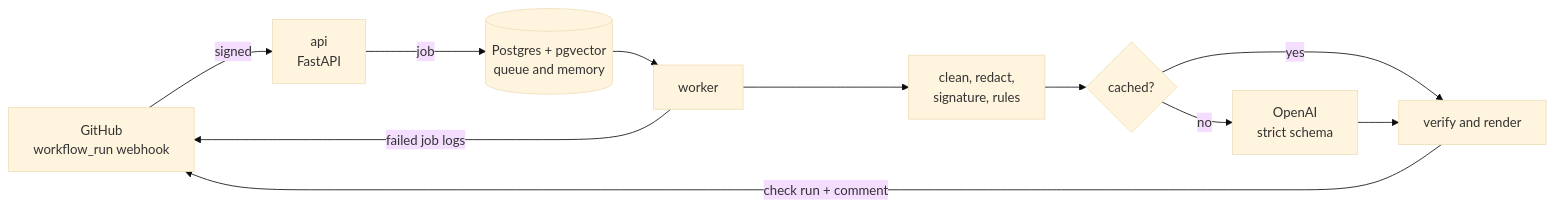
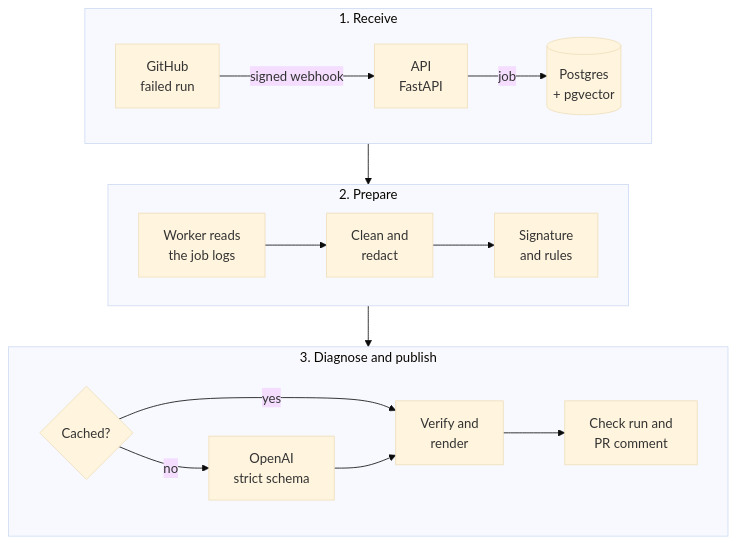
Before and after one commit to dalmirosf/cicd-doctor: the first of 2 diagrams in README.md, drawn with Mermaid (base theme). The commit also changed other lines of this file and 6 other files, not shown here.

First line of the commit message:
README: readable diagrams, MIT license and the real AWS cost (#83)

````diff
--- a/README.md
+++ b/README.md
@@ -53,13 +53,22 @@
 ```mermaid
-flowchart LR
-    GH[GitHub<br/>workflow_run webhook] -->|signed| API[api<br/>FastAPI]
-    API -->|job| DB[(Postgres + pgvector<br/>queue and memory)]
-    DB --> W[worker]
-    W -->|failed job logs| GH
-    W --> P[clean, redact,<br/>signature, rules]
-    P --> C{cached?}
-    C -->|no| LLM[OpenAI<br/>strict schema]
-    C -->|yes| R[verify and render]
-    LLM --> R
-    R -->|check run + comment| GH
+flowchart TB
+    subgraph IN[1. Receive]
+        direction LR
+        GH[GitHub<br/>failed run] -->|signed webhook| API[API<br/>FastAPI]
+        API -->|job| DB[(Postgres<br/>+ pgvector)]
+    end
+    subgraph PREP[2. Prepare]
+        direction LR
+        W[Worker reads<br/>the job logs] --> P[Clean and<br/>redact]
+        P --> S[Signature<br/>and rules]
+    end
+    subgraph PUBLISH[3. Diagnose and publish]
+        direction LR
+        C{Cached?} -->|no| LLM[OpenAI<br/>strict schema]
+        C -->|yes| R[Verify and<br/>render]
+        LLM --> R
+        R --> PR[Check run and<br/>PR comment]
+    end
+    IN --> PREP
+    PREP --> PUBLISH
 ```
````
